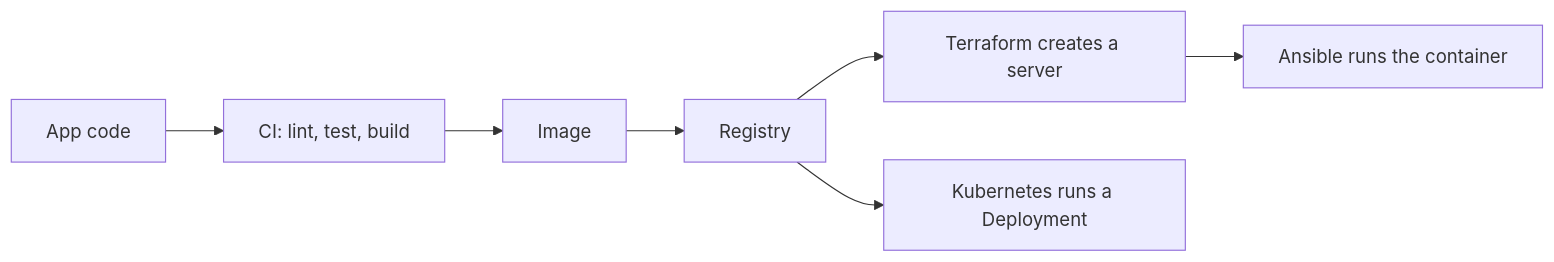
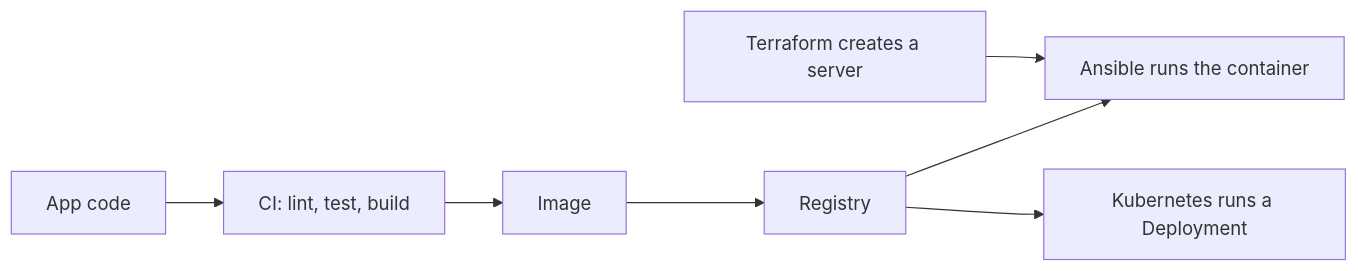
Before and after one commit to www8351/devops-portfolio: the second of 2 diagrams in README.md, drawn with Mermaid. The commit also changed other lines of this file, not shown here.

Commit message:
Show how to start the app and correct the path diagram

````diff
--- a/README.md
+++ b/README.md
@@ -137,9 +151,9 @@
 ```mermaid
 flowchart LR
     code["App code"] --> ci["CI: lint, test, build"]
     ci --> image["Image"]
     image --> registry["Registry"]
-    registry --> terraform["Terraform creates a server"]
-    terraform --> ansible["Ansible runs the container"]
+    terraform["Terraform creates a server"] --> ansible["Ansible runs the container"]
+    registry --> ansible
     registry --> k8s["Kubernetes runs a Deployment"]
 ```
````
